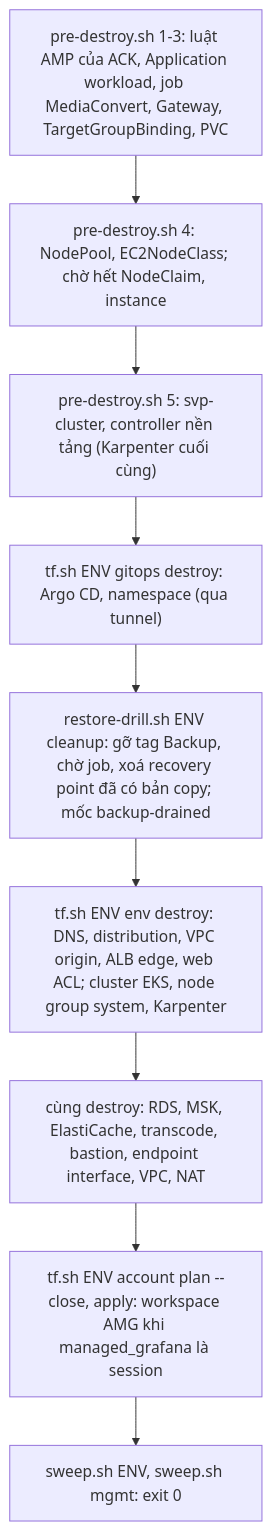
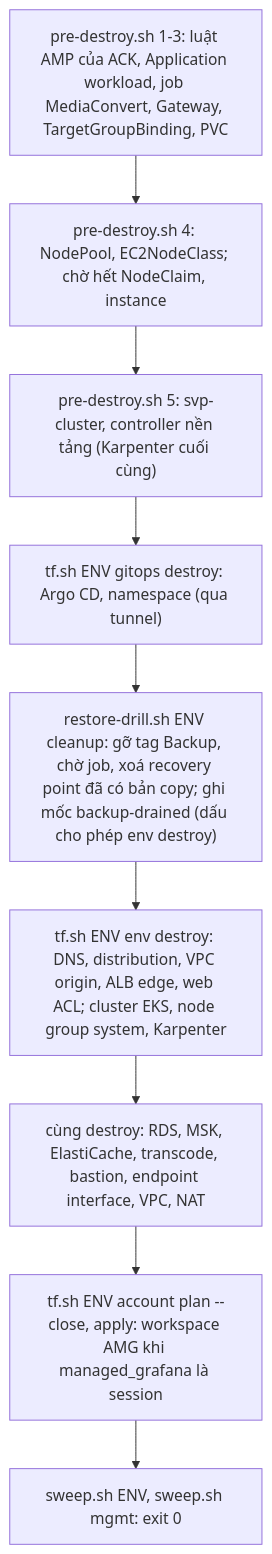
The sixth of 6 diagrams in docs/handbook/00-tong-quan.md (anhnvcoder/svp-infra), drawn with Mermaid before and after one commit. The commit also changed other lines of this file and 118 other files, not shown here.

First line of the commit message:
docs: rebuild handbook, runbooks and reference with D2 diagrams

````diff
--- a/docs/handbook/00-tong-quan.md
+++ b/docs/handbook/00-tong-quan.md
@@ -185,11 +222,11 @@
 ```mermaid
 flowchart TD
     A["pre-destroy.sh 1-3: luật AMP của ACK, Application workload, job MediaConvert, Gateway, TargetGroupBinding, PVC"] --> B["pre-destroy.sh 4: NodePool, EC2NodeClass; chờ hết NodeClaim, instance"]
     B --> C["pre-destroy.sh 5: svp-cluster, controller nền tảng (Karpenter cuối cùng)"]
     C --> D["tf.sh ENV gitops destroy: Argo CD, namespace (qua tunnel)"]
-    D --> X["restore-drill.sh ENV cleanup: gỡ tag Backup, chờ job, xoá recovery point đã có bản copy; mốc backup-drained"]
+    D --> X["restore-drill.sh ENV cleanup: gỡ tag Backup, chờ job, xoá recovery point đã có bản copy; ghi mốc backup-drained (dấu cho phép env destroy)"]
     X --> E["tf.sh ENV env destroy: DNS, distribution, VPC origin, ALB edge, web ACL; cluster EKS, node group system, Karpenter"]
     E --> F["cùng destroy: RDS, MSK, ElastiCache, transcode, bastion, endpoint interface, VPC, NAT"]
     F --> H["tf.sh ENV account plan --close, apply: workspace AMG khi managed_grafana là session"]
     H --> G["sweep.sh ENV, sweep.sh mgmt: exit 0"]
 ```
````
